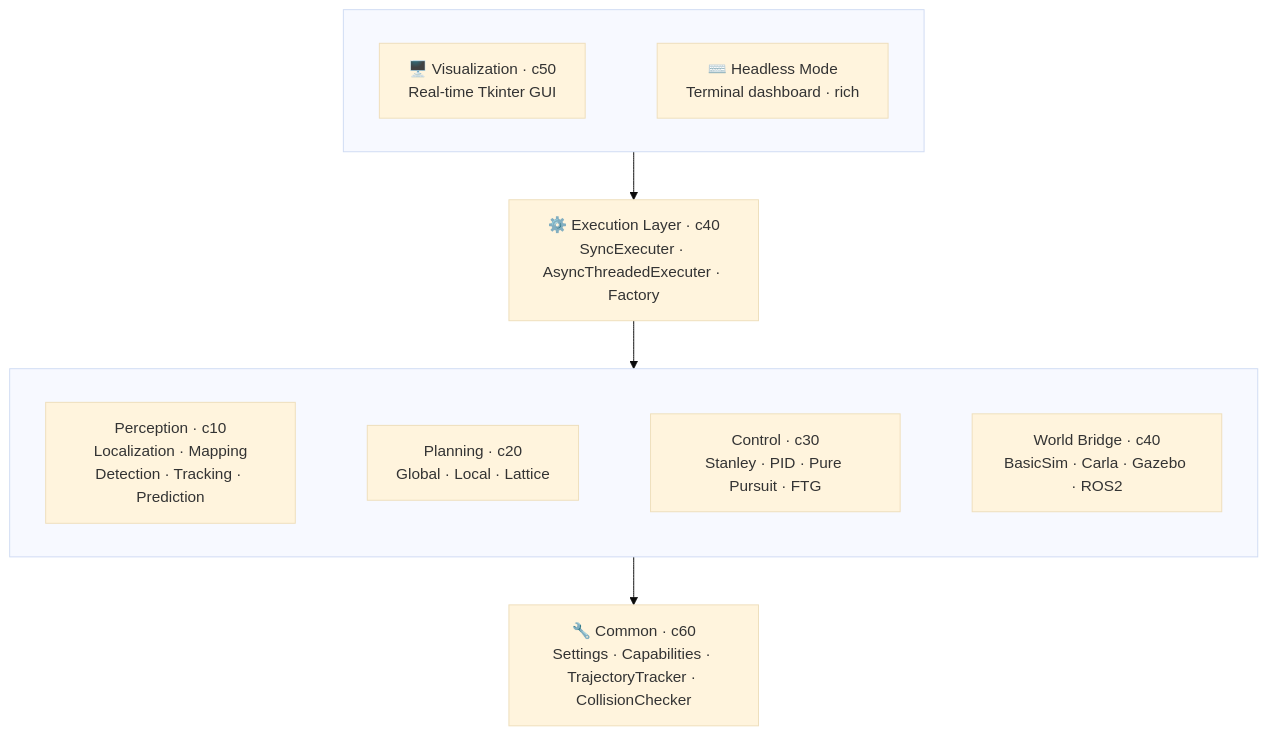
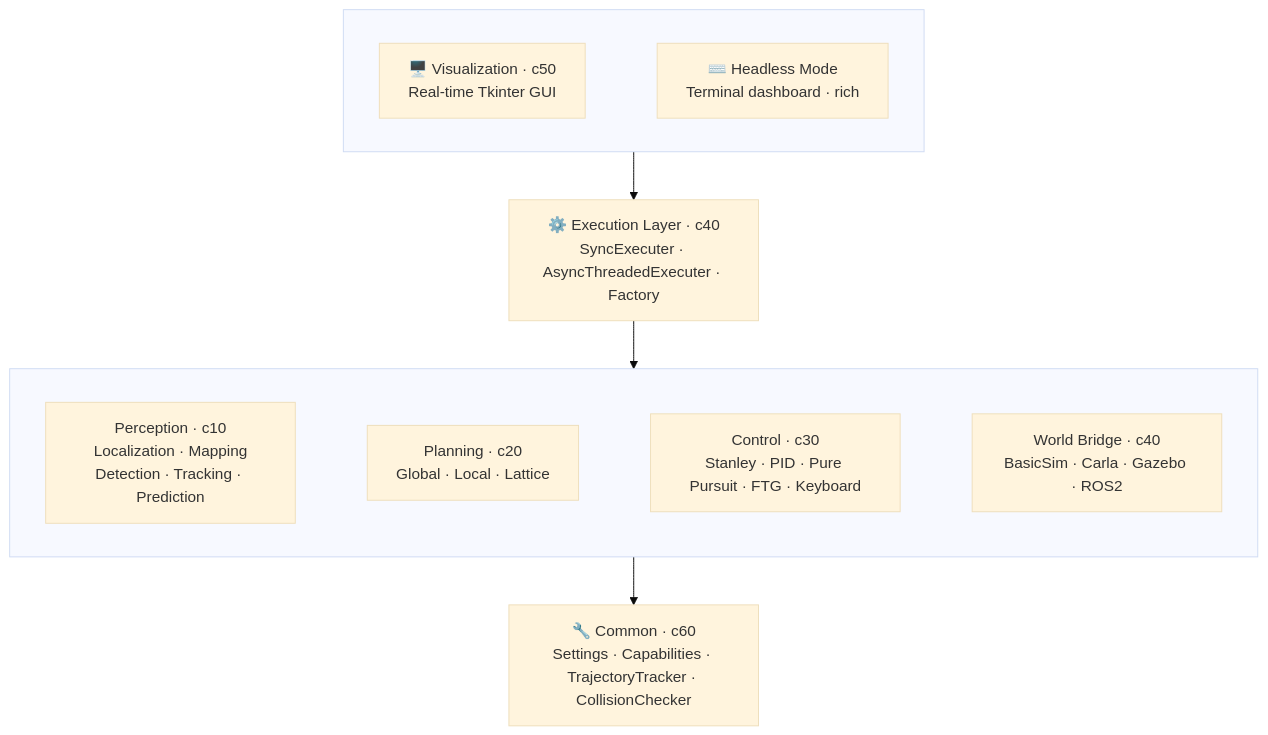
One commit to AV-Lab/avlite changed the diagram in README.md. Above: the diagram before and after it, drawn with Mermaid (base theme). The commit also changed other lines of this file and 59 other files, not shown here.

````diff
--- a/README.md
+++ b/README.md
@@ -64,26 +64,26 @@
 ```mermaid
 flowchart TB
     subgraph ENTRY[" "]
         direction LR
         VIZ["🖥️ Visualization · c50\nReal-time Tkinter GUI"]
         HL["⌨️ Headless Mode\nTerminal dashboard · rich"]
         VIZ ~~~ HL
     end
 
     EXEC["⚙️ Execution Layer · c40\nSyncExecuter · AsyncThreadedExecuter · Factory"]
 
     subgraph COMPONENTS[" "]
         direction LR
         PERC["Perception · c10\nLocalization · Mapping\nDetection · Tracking · Prediction"]
         PLAN["Planning · c20\nGlobal · Local · Lattice"]
-        CTRL["Control · c30\nStanley · PID · Pure Pursuit · FTG"]
+        CTRL["Control · c30\nStanley · PID · Pure Pursuit · FTG · Keyboard"]
         WB["World Bridge · c40\nBasicSim · Carla · Gazebo · ROS2"]
         PERC ~~~ PLAN ~~~ CTRL ~~~ WB
     end
 
     COMMON["🔧 Common · c60\nSettings · Capabilities · TrajectoryTracker · CollisionChecker"]
 
     ENTRY --> EXEC
     EXEC --> COMPONENTS
     COMPONENTS --> COMMON
 ```
````
